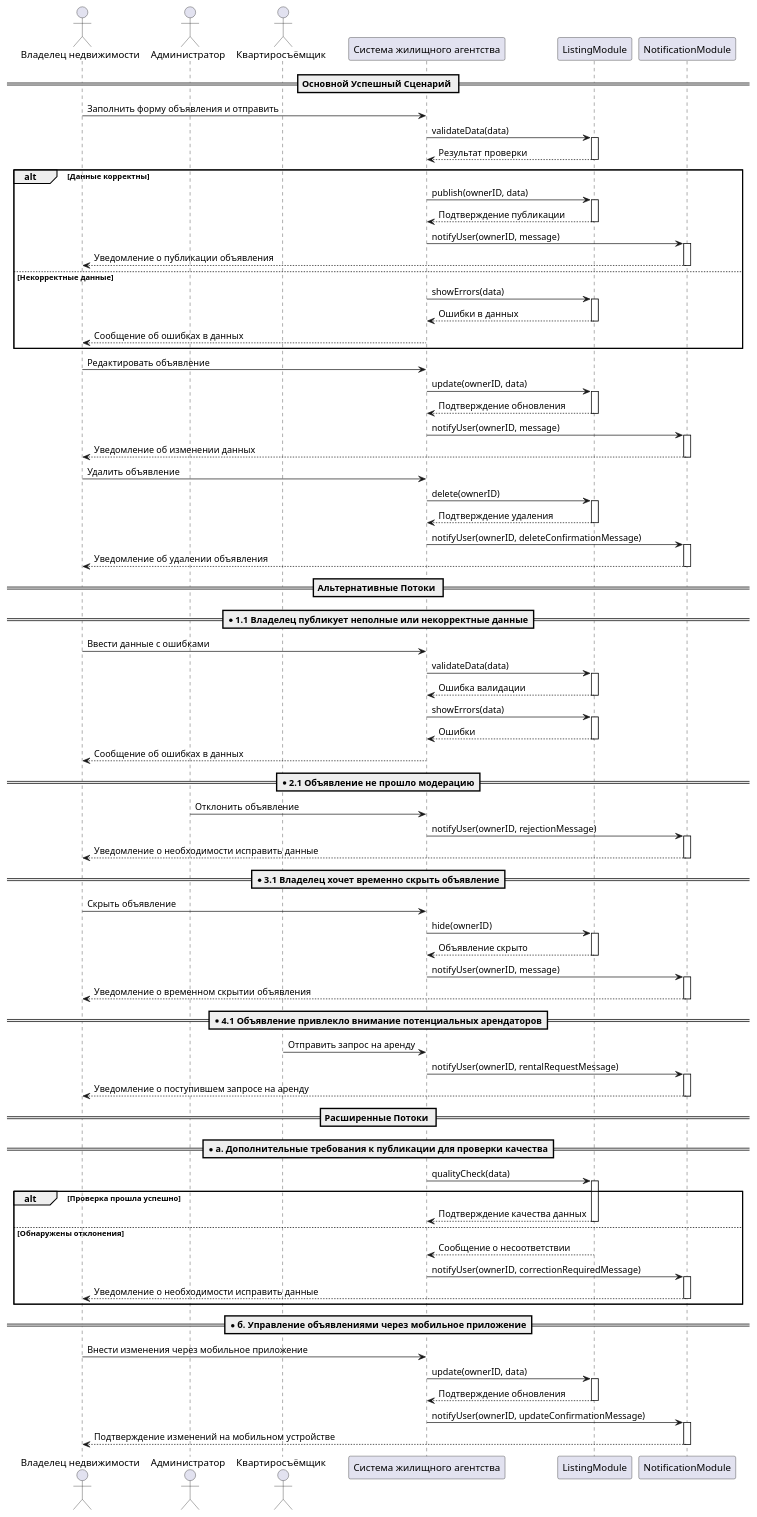
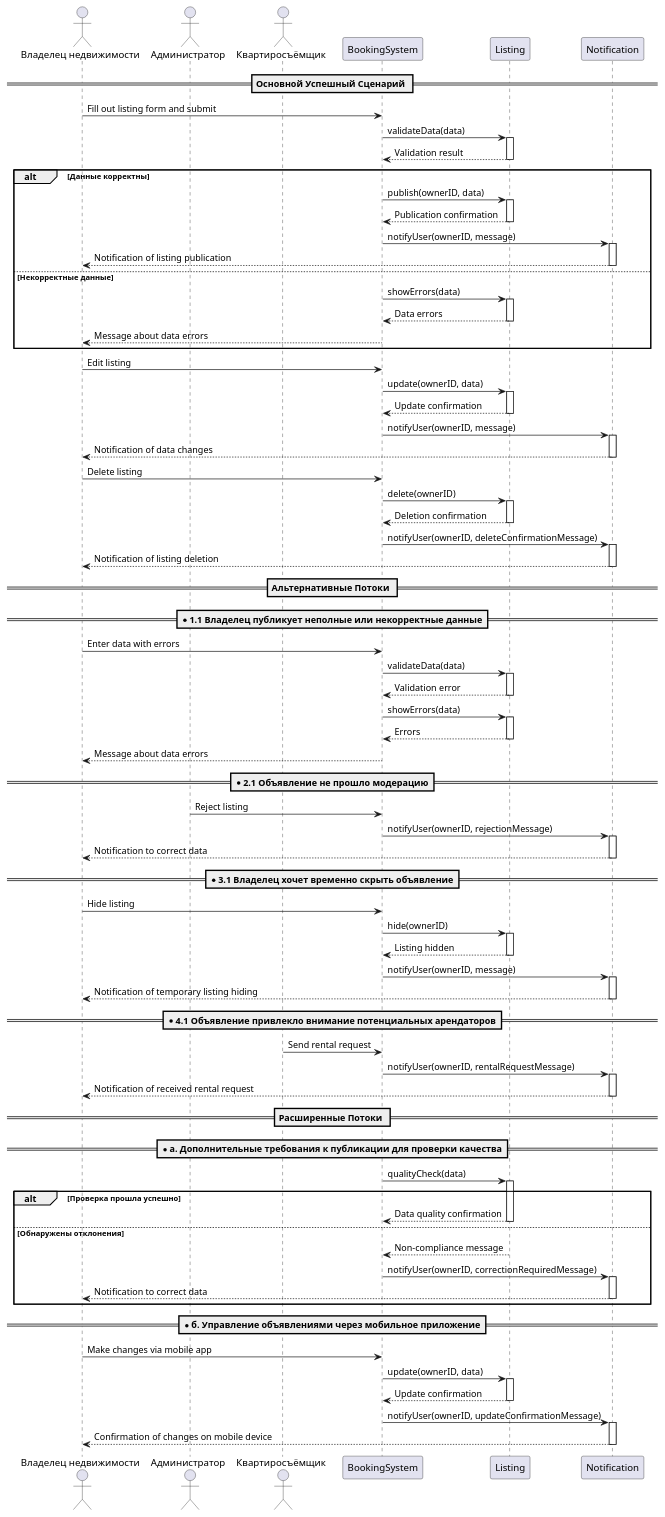
One commit to penamarth/bsbo-01-22_team4_var8 changed the diagram in precedents/HousingPublication/HousingPublicationSequenceDiagram.md. Above: the diagram before and after it, drawn with PlantUML.

Commit message:
Translate russian text in scenarios to english

```diff
--- a/precedents/HousingPublication/HousingPublicationSequenceDiagram.md
+++ b/precedents/HousingPublication/HousingPublicationSequenceDiagram.md
@@ -5,103 +5,103 @@
 actor "Администратор" as Admin
 actor "Квартиросъёмщик" as Tenant
 
-participant "Система жилищного агентства" as System
-participant "ListingModule" as Listing
-participant "NotificationModule" as Notifier
+participant "BookingSystem" as System
+participant "Listing" as Listing
+participant "Notification" as Notifier
 
 == Основной Успешный Сценарий ==
 
-Owner -> System : Заполнить форму объявления и отправить
+Owner -> System : Fill out listing form and submit
 System -> Listing : validateData(data)
 activate Listing
-Listing --> System : Результат проверки
+Listing --> System : Validation result
 deactivate Listing
 
 alt Данные корректны
     System -> Listing : publish(ownerID, data)
     activate Listing
-    Listing --> System : Подтверждение публикации
+    Listing --> System : Publication confirmation
     deactivate Listing
 
     System -> Notifier : notifyUser(ownerID, message)
     activate Notifier
-    Notifier --> Owner : Уведомление о публикации объявления
+    Notifier --> Owner : Notification of listing publication
     deactivate Notifier
 else Некорректные данные
     System -> Listing : showErrors(data)
     activate Listing
-    Listing --> System : Ошибки в данных
+    Listing --> System : Data errors
     deactivate Listing
 
-    System --> Owner : Сообщение об ошибках в данных
+    System --> Owner : Message about data errors
 end
 
-Owner -> System : Редактировать объявление
+Owner -> System : Edit listing
 System -> Listing : update(ownerID, data)
 activate Listing
-Listing --> System : Подтверждение обновления
+Listing --> System : Update confirmation
 deactivate Listing
 
 System -> Notifier : notifyUser(ownerID, message)
 activate Notifier
-Notifier --> Owner : Уведомление об изменении данных
+Notifier --> Owner : Notification of data changes
 deactivate Notifier
 
-Owner -> System : Удалить объявление
+Owner -> System : Delete listing
 System -> Listing : delete(ownerID)
 activate Listing
-Listing --> System : Подтверждение удаления
+Listing --> System : Deletion confirmation
 deactivate Listing
 
 System -> Notifier : notifyUser(ownerID, deleteConfirmationMessage)
 activate Notifier
-Notifier --> Owner : Уведомление об удалении объявления
+Notifier --> Owner : Notification of listing deletion
 deactivate Notifier
 
 == Альтернативные Потоки ==
 
 == *1.1 Владелец публикует неполные или некорректные данные ==
 
-Owner -> System : Ввести данные с ошибками
+Owner -> System : Enter data with errors
 System -> Listing : validateData(data)
 activate Listing
-Listing --> System : Ошибка валидации
+Listing --> System : Validation error
 deactivate Listing
 
 System -> Listing : showErrors(data)
 activate Listing
-Listing --> System : Ошибки
+Listing --> System : Errors
 deactivate Listing
 
-System --> Owner : Сообщение об ошибках в данных
+System --> Owner : Message about data errors
 
 == *2.1 Объявление не прошло модерацию ==
 
-Admin -> System : Отклонить объявление
+Admin -> System : Reject listing
 System -> Notifier : notifyUser(ownerID, rejectionMessage)
 activate Notifier
-Notifier --> Owner : Уведомление о необходимости исправить данные
+Notifier --> Owner : Notification to correct data
 deactivate Notifier
 
 == *3.1 Владелец хочет временно скрыть объявление ==
 
-Owner -> System : Скрыть объявление
+Owner -> System : Hide listing
 System -> Listing : hide(ownerID)
 activate Listing
-Listing --> System : Объявление скрыто
+Listing --> System : Listing hidden
 deactivate Listing
 
 System -> Notifier : notifyUser(ownerID, message)
 activate Notifier
-Notifier --> Owner : Уведомление о временном скрытии объявления
+Notifier --> Owner : Notification of temporary listing hiding
 deactivate Notifier
 
 == *4.1 Объявление привлекло внимание потенциальных арендаторов ==
 
-Tenant -> System : Отправить запрос на аренду
+Tenant -> System : Send rental request
 System -> Notifier : notifyUser(ownerID, rentalRequestMessage)
 activate Notifier
-Notifier --> Owner : Уведомление о поступившем запросе на аренду
+Notifier --> Owner : Notification of received rental request
 deactivate Notifier
 
 == Расширенные Потоки ==
@@ -111,27 +111,27 @@
 System -> Listing : qualityCheck(data)
 activate Listing
 alt Проверка прошла успешно
-    Listing --> System : Подтверждение качества данных
+    Listing --> System : Data quality confirmation
 deactivate Listing
 else Обнаружены отклонения
-    Listing --> System : Сообщение о несоответствии
+    Listing --> System : Non-compliance message
     System -> Notifier : notifyUser(ownerID, correctionRequiredMessage)
     activate Notifier
-    Notifier --> Owner : Уведомление о необходимости исправить данные
+    Notifier --> Owner : Notification to correct data
     deactivate Notifier
 end
 
 == *б. Управление объявлениями через мобильное приложение ==
 
-Owner -> System : Внести изменения через мобильное приложение
+Owner -> System : Make changes via mobile app
 System -> Listing : update(ownerID, data)
 activate Listing
-Listing --> System : Подтверждение обновления
+Listing --> System : Update confirmation
 deactivate Listing
 
 System -> Notifier : notifyUser(ownerID, updateConfirmationMessage)
 activate Notifier
-Notifier --> Owner : Подтверждение изменений на мобильном устройстве
+Notifier --> Owner : Confirmation of changes on mobile device
 deactivate Notifier
 
 @enduml
```
